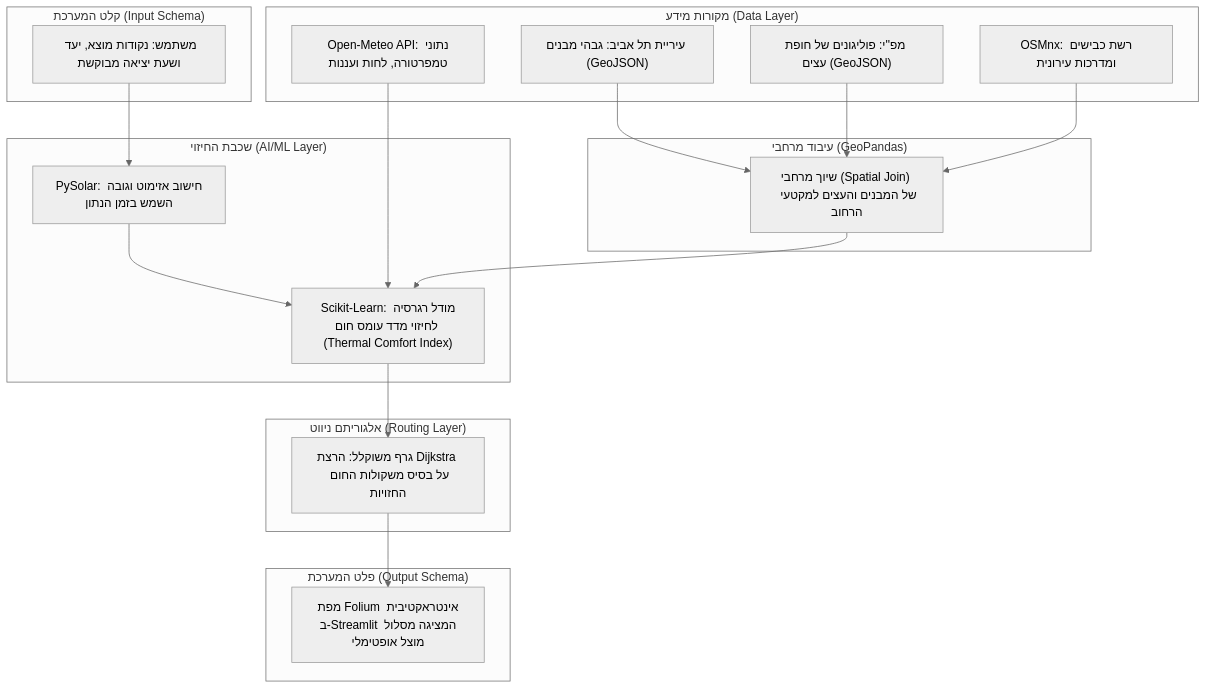
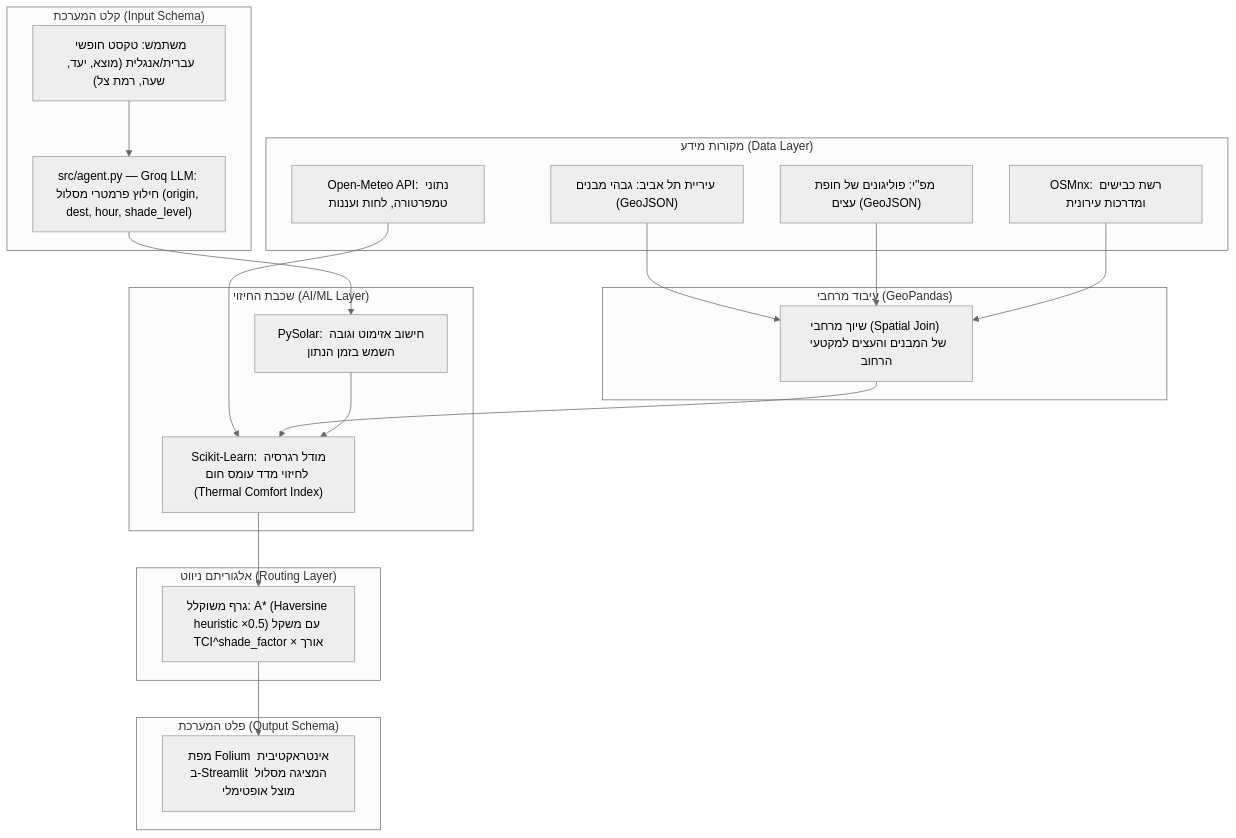
Before and after one commit to rony0509389831/alyssa-roni: the diagram in README.md, drawn with Mermaid (neutral theme). The commit also changed other lines of this file and 5 other files, not shown here.

````diff
--- a/README.md
+++ b/README.md
@@ -131,40 +131,42 @@
 ```mermaid
 flowchart TD
     subgraph Input["קלט המערכת (Input Schema)"]
-        A["משתמש: נקודות מוצא, יעד ושעת יציאה מבוקשת"]
+        A["משתמש: טקסט חופשי עברית/אנגלית (מוצא, יעד, שעה, רמת צל)"]
+        LLM["src/agent.py — Groq LLM: חילוץ פרמטרי מסלול (origin, dest, hour, shade_level)"]
+        A --> LLM
     end
 
     subgraph Data_Sources["מקורות מידע (Data Layer)"]
         B["Open-Meteo API: נתוני טמפרטורה, לחות ועננות"]
         C["עיריית תל אביב: גבהי מבנים (GeoJSON)"]
         D["מפ''י: פוליגונים של חופת עצים (GeoJSON)"]
         E["OSMnx: רשת כבישים ומדרכות עירונית"]
     end
 
     subgraph Processing["עיבוד מרחבי (GeoPandas)"]
         F["שיוך מרחבי (Spatial Join) של המבנים והעצים למקטעי הרחוב"]
     end
 
     subgraph ML["שכבת החיזוי (AI/ML Layer)"]
         G["PySolar: חישוב אזימוט וגובה השמש בזמן הנתון"]
         H["Scikit-Learn: מודל רגרסיה לחיזוי מדד עומס חום (Thermal Comfort Index)"]
     end
 
     subgraph Routing["אלגוריתם ניווט (Routing Layer)"]
-        I["גרף משוקלל: הרצת Dijkstra על בסיס משקולות החום החזויות"]
+        I["גרף משוקלל: A* (Haversine heuristic ×0.5) עם משקל TCI^shade_factor × אורך"]
     end
 
     subgraph Output["פלט המערכת (Output Schema)"]
         J["מפת Folium אינטראקטיבית ב-Streamlit המציגה מסלול מוצל אופטימלי"]
     end
 
-    A --> G
+    LLM --> G
     B --> H
     C --> F
     D --> F
     E --> F
     F --> H
     G --> H
     H --> I
     I --> J
 ```
````
